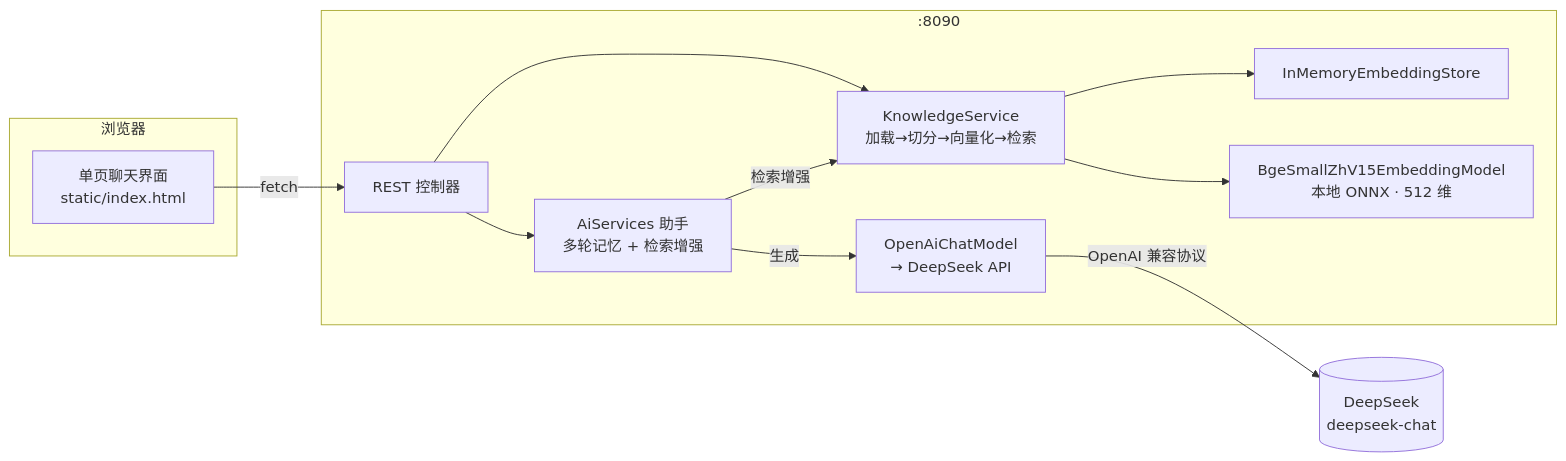
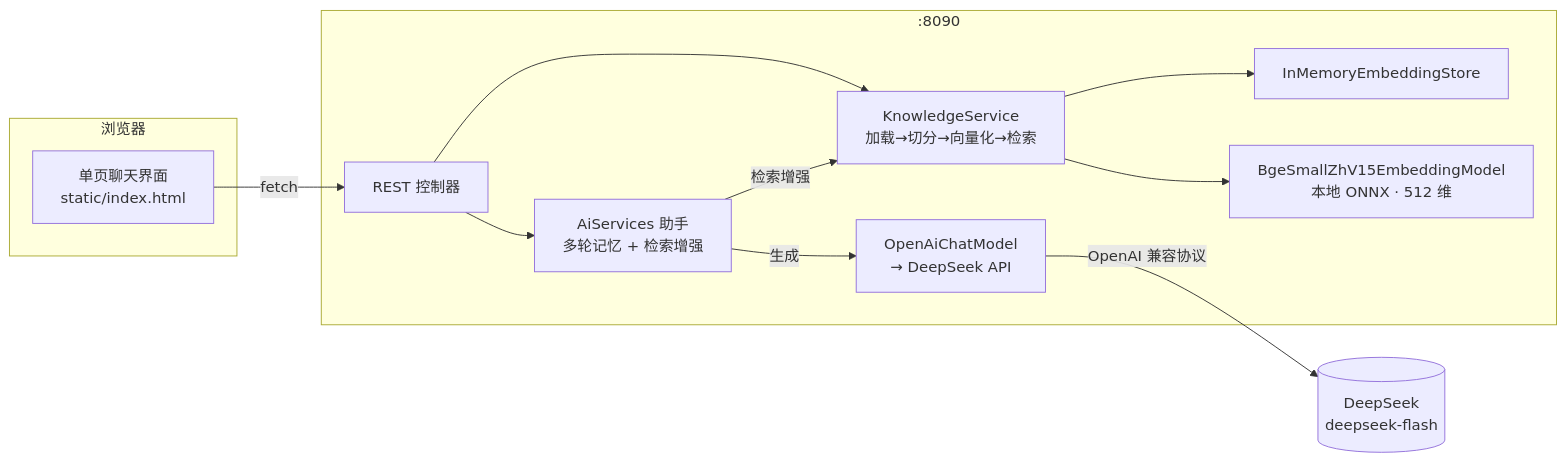
Before and after one commit to RelieveJoy/interview-copilot: the diagram in README.md, drawn with Mermaid. The commit also changed other lines of this file and 3 other files, not shown here.

First line of the commit message:
chore: 模型切换 deepseek-flash、首页欢迎语与截图

````diff
--- a/README.md
+++ b/README.md
@@ -22,22 +22,22 @@
 ```mermaid
 flowchart LR
     subgraph 浏览器
         UI[单页聊天界面<br/>static/index.html]
     end
     subgraph Spring Boot[:8090]
         C[REST 控制器]
         A[AiServices 助手<br/>多轮记忆 + 检索增强]
         KS[KnowledgeService<br/>加载→切分→向量化→检索]
         ES[InMemoryEmbeddingStore]
         EM[BgeSmallZhV15EmbeddingModel<br/>本地 ONNX · 512 维]
         LLM[OpenAiChatModel<br/>→ DeepSeek API]
     end
-    DS[(DeepSeek<br/>deepseek-chat)]
+    DS[(DeepSeek<br/>deepseek-flash)]
 
     UI -->|fetch| C --> A
     C --> KS
     KS --> EM
     KS --> ES
     A -->|检索增强| KS
     A -->|生成| LLM -->|OpenAI 兼容协议| DS
 ```
````
